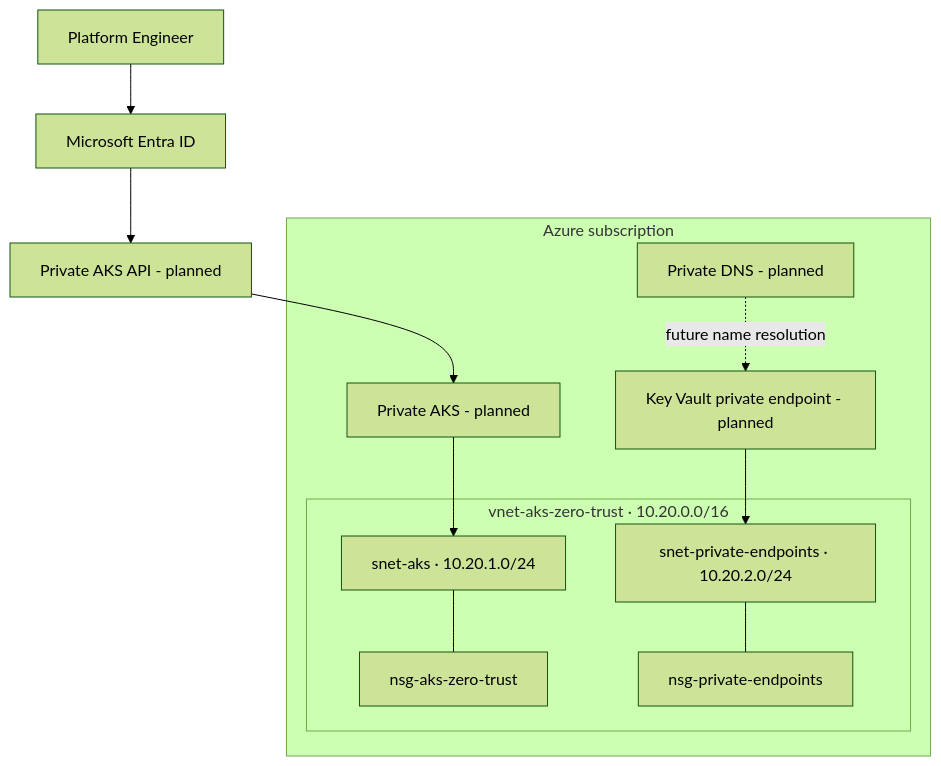
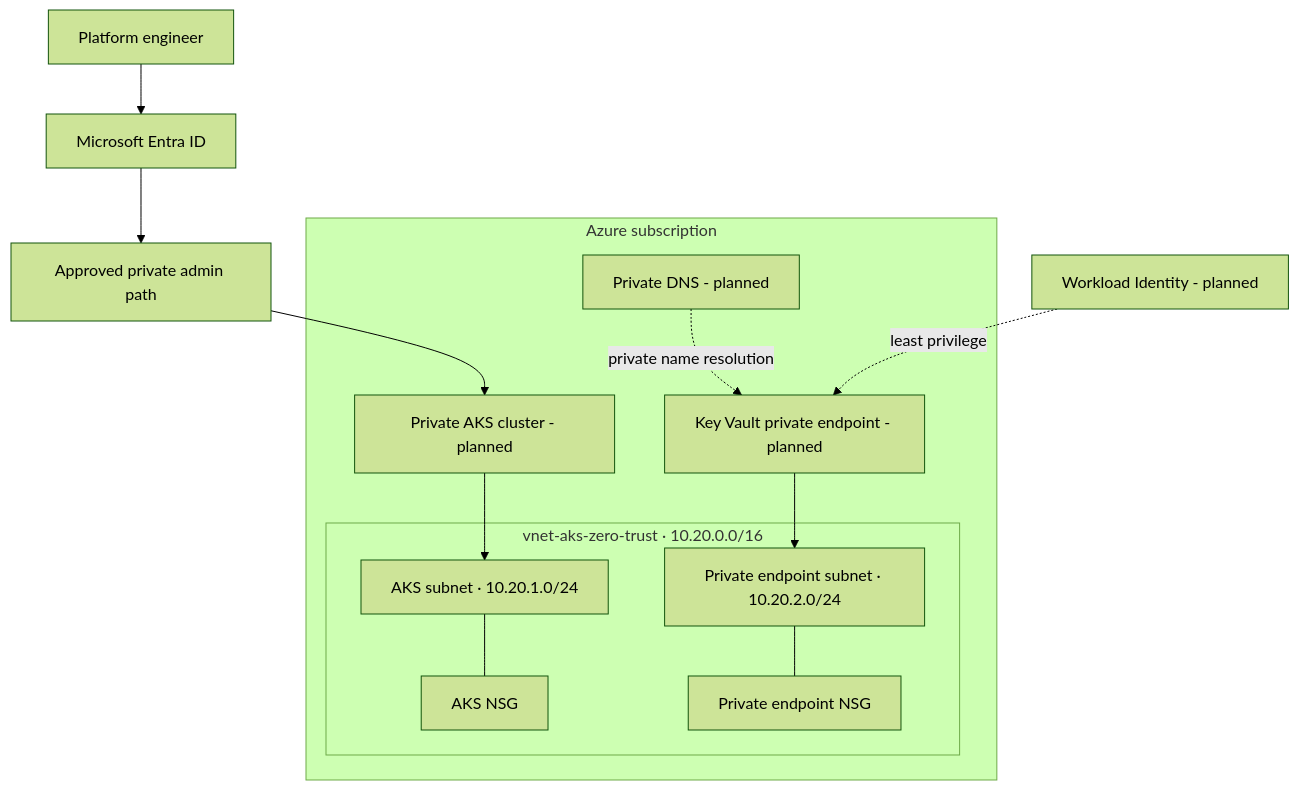
The diagram in README.md (haqueamir70-coder/azure-aks-zero-trust-platform), drawn with Mermaid (forest theme) before and after one commit. The commit also changed other lines of this file, not shown here.

````diff
--- a/README.md
+++ b/README.md
@@ -48,22 +45,23 @@
 ```mermaid
 flowchart TB
-  Engineer[Platform Engineer] --> Entra[Microsoft Entra ID]
-  Entra --> PrivateAPI[Private AKS API - planned]
-  subgraph Azure["Azure subscription"]
-    subgraph VNet["vnet-aks-zero-trust · 10.20.0.0/16"]
-      AKSSubnet["snet-aks · 10.20.1.0/24"]
-      PENet["snet-private-endpoints · 10.20.2.0/24"]
-      AKSNSG["nsg-aks-zero-trust"]
-      PENS_G["nsg-private-endpoints"]
+  Engineer[Platform engineer] --> Entra[Microsoft Entra ID]
+  Entra --> Access[Approved private admin path]
+  subgraph Azure[Azure subscription]
+    subgraph VNet[vnet-aks-zero-trust · 10.20.0.0/16]
+      AKSSubnet[AKS subnet · 10.20.1.0/24]
+      PESubnet[Private endpoint subnet · 10.20.2.0/24]
+      AKSNSG[AKS NSG]
+      PESNSG[Private endpoint NSG]
       AKSSubnet --- AKSNSG
-      PENet --- PENS_G
+      PESubnet --- PESNSG
     end
-    DNS["Private DNS - planned"]
-    AKS["Private AKS - planned"]
-    KV["Key Vault private endpoint - planned"]
+    AKS[Private AKS cluster - planned]
+    DNS[Private DNS - planned]
+    KV[Key Vault private endpoint - planned]
   end
-  PrivateAPI --> AKS
+  Access --> AKS
   AKS --> AKSSubnet
-  KV --> PENet
-  DNS -. future name resolution .-> KV
+  KV --> PESubnet
+  DNS -. private name resolution .-> KV
+  WI[Workload Identity - planned] -. least privilege .-> KV
 ```
````
